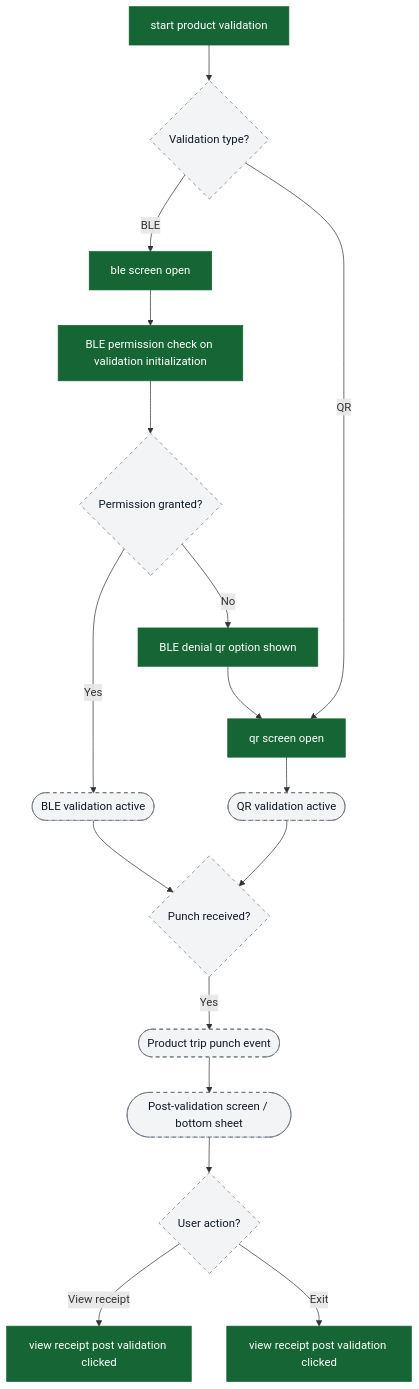
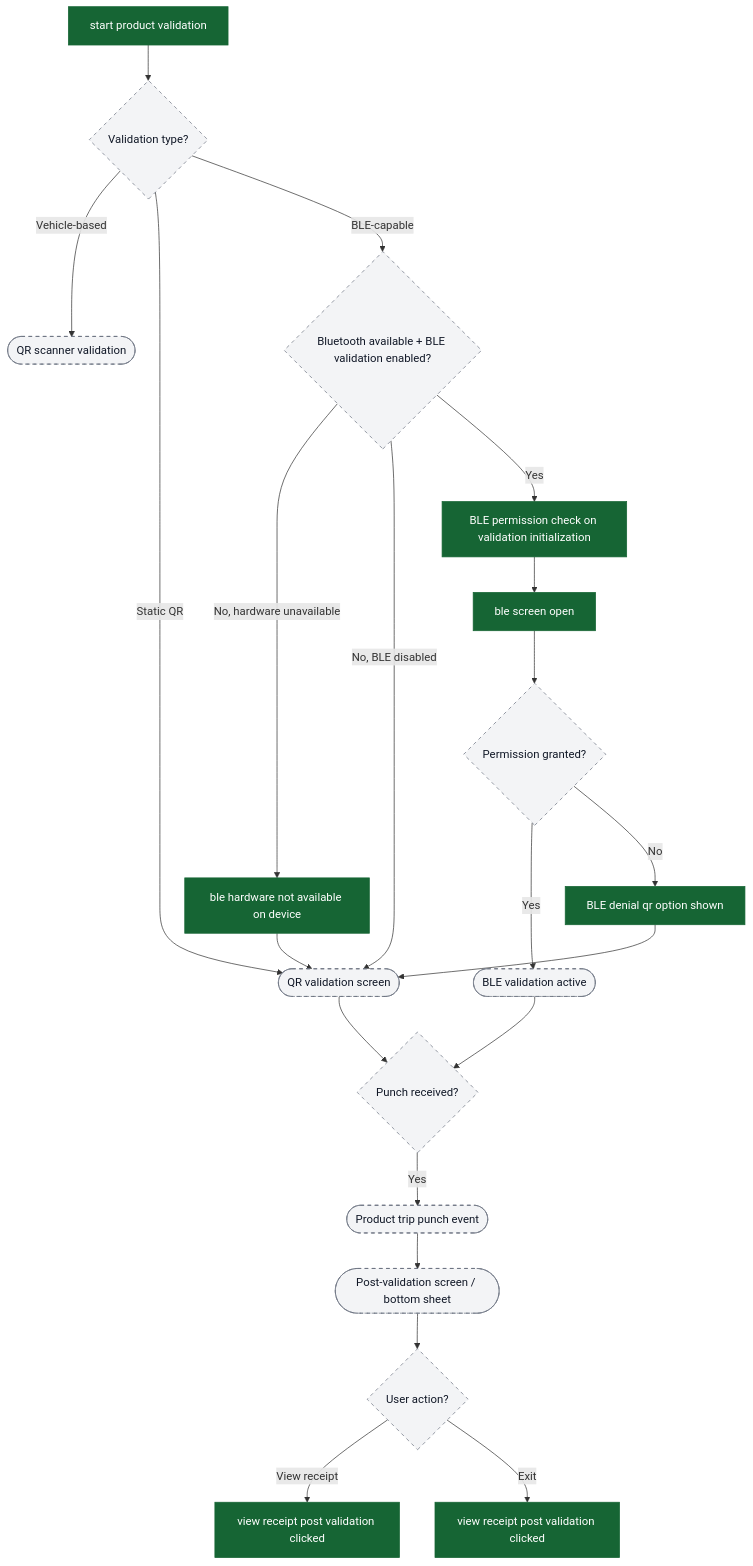
Before and after one commit to ratulsarna/chalo-app-dashboard: the tenth of 10 diagrams in content/analytics/validation/flow-diagrams.md, drawn with Mermaid. The commit also changed other lines of this file and 1 other file, not shown here.

Commit message:
feat(analytics): remove unused QR screen open event and update flow diagrams for validation processes

````diff
--- a/content/analytics/validation/flow-diagrams.md
+++ b/content/analytics/validation/flow-diagrams.md
@@ -283,33 +329,42 @@
 ```mermaid
 flowchart TD
+  %%chalo:diagram-link ui_bleActive -> title:BLE Validation Flow - Active Validation
+  %%chalo:diagram-link ui_qrActive -> title:QR Validation Flow
+  %%chalo:diagram-link ui_vehicleFlow -> title:Vehicle-Based Validation (QR Scanner)
+  %%chalo:diagram-link ui_postValOpen -> title:Post-Validation Success Screen
   ev_start["start product validation"] --> ui_validationType{Validation type?}
 
-  ui_validationType -->|BLE| ev_bleOpen["ble screen open"]
-  ui_validationType -->|QR| ev_qrOpen["qr screen open"]
+  ui_validationType -->|Vehicle-based| ui_vehicleFlow([QR scanner validation])
+  ui_validationType -->|Static QR| ui_qrActive([QR validation screen])
+  ui_validationType -->|BLE-capable| ui_bleGate{Bluetooth available + BLE validation enabled?}
 
-  ev_bleOpen --> ev_permCheck["BLE permission check on validation initialization"]
-  ev_permCheck --> ui_permResult{Permission granted?}
+  ui_bleGate -->|No, hardware unavailable| ev_hwNotAvailable["ble hardware not available on device"]
+  ui_bleGate -->|No, BLE disabled| ui_qrActive
+  ev_hwNotAvailable --> ui_qrActive
+
+  %% In code today, `BLE permission check...` is raised before `ble screen open`.
+  ui_bleGate -->|Yes| ev_permCheck["BLE permission check on validation initialization"]
+  ev_permCheck --> ev_bleOpen["ble screen open"]
+  ev_bleOpen --> ui_permResult{Permission granted?}
 
   ui_permResult -->|Yes| ui_bleActive([BLE validation active])
   ui_permResult -->|No| ev_qrFallback["BLE denial qr option shown"]
-  ev_qrFallback --> ev_qrOpen
-
-  ev_qrOpen --> ui_qrActive([QR validation active])
+  ev_qrFallback --> ui_qrActive
 
   ui_bleActive --> ui_punchNotification{Punch received?}
   ui_qrActive --> ui_punchNotification
 
   ui_punchNotification -->|Yes| ui_punch([Product trip punch event])
   ui_punch --> ui_postValOpen([Post-validation screen / bottom sheet])
 
   ui_postValOpen --> ui_postAction{User action?}
   ui_postAction -->|View receipt| ev_viewReceipt["view receipt post validation clicked"]
   ui_postAction -->|Exit| ev_exit["view receipt post validation clicked"]
 
   classDef event fill:#166534,stroke:#166534,color:#ffffff;
   classDef ui fill:#f3f4f6,stroke:#6b7280,stroke-dasharray: 5 5,color:#111827;
   classDef external fill:#ffffff,stroke:#6b7280,stroke-dasharray: 3 3,color:#111827;
 
-  class ev_start,ev_bleOpen,ev_qrOpen,ev_permCheck,ev_qrFallback,ev_viewReceipt,ev_exit event;
-  class ui_validationType,ui_permResult,ui_bleActive,ui_qrActive,ui_punchNotification,ui_punch,ui_postValOpen,ui_postAction ui;
+  class ev_start,ev_bleOpen,ev_permCheck,ev_qrFallback,ev_hwNotAvailable,ev_viewReceipt,ev_exit event;
+  class ui_validationType,ui_bleGate,ui_permResult,ui_bleActive,ui_qrActive,ui_vehicleFlow,ui_punchNotification,ui_punch,ui_postValOpen,ui_postAction ui;
 ```
````
